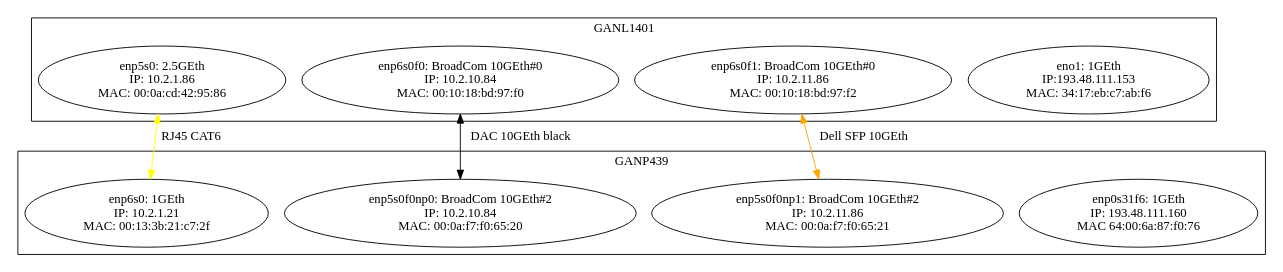
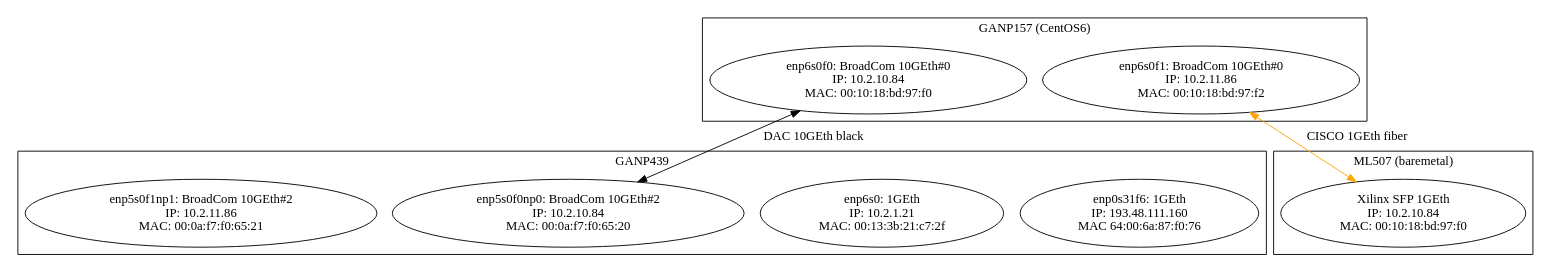
The diagram in graphInfra.dot (AdrielEP/test), drawn with Graphviz before and after one commit. The commit also changed 4 other files, not shown here.

Commit message:
graph: ML507 (WinP) FAIL: both DAC between computers or fiber on ML507

```diff
--- a/graphInfra.dot
+++ b/graphInfra.dot
@@ -1,40 +1,37 @@
 digraph Point2PointNetwork           
 {
-  subgraph cluster_GANL1401        
-  {label=GANL1401
-#motherboard
-	eno1[shape=ellipse,label="eno1: 1GEth\n IP:193.48.111.153\n MAC: 34:17:eb:c7:ab:f6"]
-#IcyBox PCIe1x 2.5GEth
-	enp5s0[shape=ellipse,label="enp5s0: 2.5GEth\n IP: 10.2.1.86\n MAC: 00:0a:cd:42:95:86"]
-#Intel 10GEth #3
-#	enp6s0f0[shape=ellipse,label="enp6s0f0: Intel 10GEth#3\n IP: 10.2.10.84\n MAC:a0:36:9f:26:8f:84"]
-#	enp6s0f1[shape=ellipse,label="enp6s0f1: Intel 10GEth#3\n IP: 10.2.11.86\n MAC: a0:36:9f:26:8f:86"]
+  subgraph cluster_ML507
+  {label="ML507 (baremetal)"
+#BroadCom 10GEth #0
+	SFP[shape=ellipse,label="Xilinx SFP 1GEth\n IP: 10.2.10.84\n MAC: 00:10:18:bd:97:f0"]
+  }//ML507
+
+  subgraph cluster_GANP157
+  {label="GANP157 (CentOS6)"
 #BroadCom 10GEth #0
 	enp6s0f0[shape=ellipse,label="enp6s0f0: BroadCom 10GEth#0\n IP: 10.2.10.84\n MAC: 00:10:18:bd:97:f0"]
 	enp6s0f1[shape=ellipse,label="enp6s0f1: BroadCom 10GEth#0\n IP: 10.2.11.86\n MAC: 00:10:18:bd:97:f2"]
-  }//GANL1401
+  }//GANP157
 
   subgraph cluster_GANP349        
   {label=GANP439
 #motherboard
 	enp0s31f6[shape=ellipse,label="enp0s31f6: 1GEth\n IP: 193.48.111.160\n MAC 64:00:6a:87:f0:76"]
 #StarTech PCIe1x 1GEth
 	enp6s0[shape=ellipse,label="enp6s0: 1GEth\n IP: 10.2.1.21\n MAC: 00:13:3b:21:c7:2f"]
 #Intel 10GEth #2
 #	enp5s0f0[shape=ellipse,label="enp5s0f0: Intel 10GEth#2\n IP: 10.2.10.38\n MAC: a0:36:9f:24:53:e8"]
 #	enp5s0f1[shape=ellipse,label="enp5s0f1: Intel 10GEth#2\n IP; 10.2.11.34\n MAC: a0:36:9f:24:53:ea"]
 #BroadCom 10GEth #1
 #	enp5s0f0[shape=ellipse,label="enp5s0f0: HP 10GEth#1\n IP: 10.2.10.84\n MAC: 2c:76:8a:82:72:70"]
 #	enp5s0f1[shape=ellipse,label="enp5s0f1: HP 10GEth#1\n IP: 10.2.11.86\n MAC: 2c:76:8a:82:72:74"]
 #BroadCom 10GEth #2
 	enp5s0f0[shape=ellipse,label="enp5s0f0np0: BroadCom 10GEth#2\n IP: 10.2.10.84\n MAC: 00:0a:f7:f0:65:20"]
-	enp5s0f1[shape=ellipse,label="enp5s0f0np1: BroadCom 10GEth#2\n IP: 10.2.11.86\n MAC: 00:0a:f7:f0:65:21"]
+	enp5s0f1[shape=ellipse,label="enp5s0f1np1: BroadCom 10GEth#2\n IP: 10.2.11.86\n MAC: 00:0a:f7:f0:65:21"]
   }//GANP439
 
-#Eth CAT6
-  enp5s0 -> enp6s0 [label="RJ45 CAT6" dir=both color="yellow"]
 #DAC black
   enp6s0f0 -> enp5s0f0 [label="DAC 10GEth black" dir=both color="black"]
 #Dell SFP 10GEth fiber
-  enp6s0f1 -> enp5s0f1 [label="Dell SFP 10GEth" dir=both color="orange"]
+  enp6s0f1 -> SFP [label="CISCO 1GEth fiber" dir=both color="orange"]
 }//digraph
```
